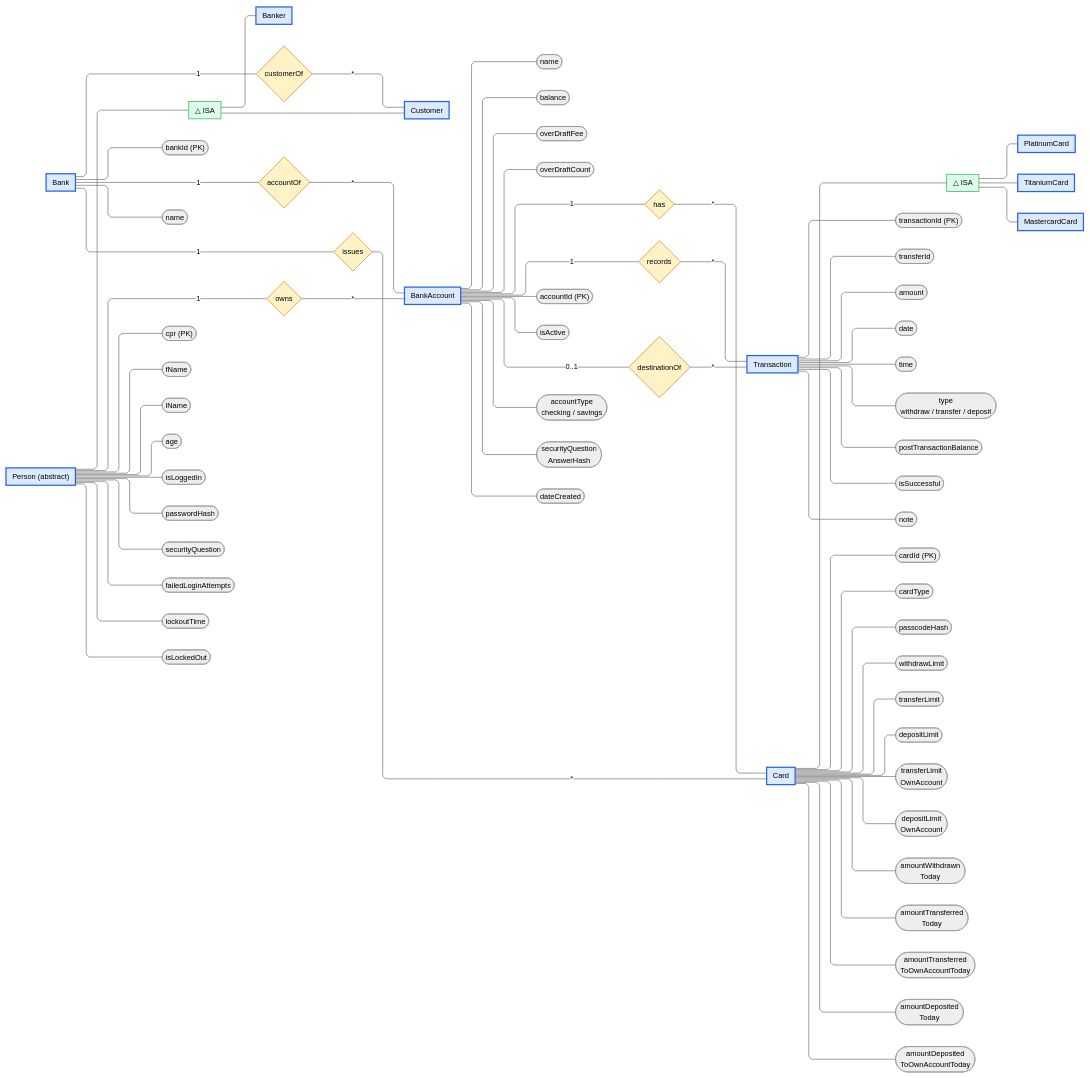
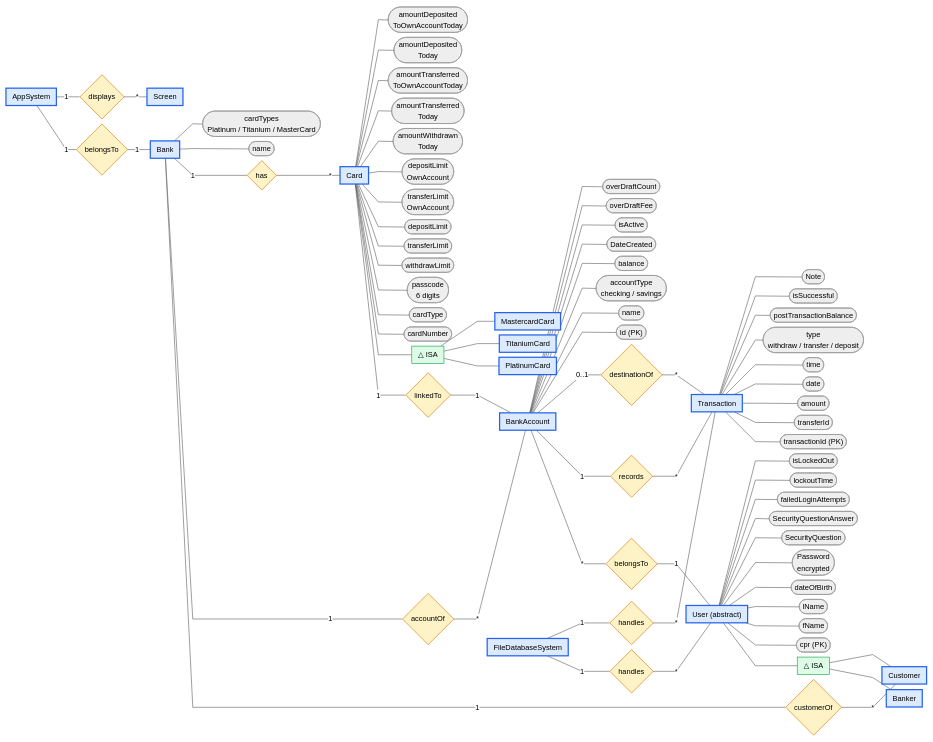
The diagram in ReadMe.md (Saud-GA-JDB/Banking-App), drawn with Mermaid before and after one commit. The commit also changed other lines of this file and 17 other files, not shown here.

````diff
--- a/ReadMe.md
+++ b/ReadMe.md
@@ -83,7 +90,6 @@
 ```mermaid
 ---
 config:
-  layout: elk
   theme: neutral
   themeVariables:
     fontSize: "12px"
@@ -97,7 +103,7 @@
 flowchart LR
     %% Entities
     Bank[Bank]
-    Person["Person (abstract)"]
+    User["User (abstract)"]
     Banker[Banker]
     Customer[Customer]
     Account[BankAccount]
@@ -106,6 +112,9 @@
     Platinum[PlatinumCard]
     Titanium[TitaniumCard]
     Mastercard[MastercardCard]
+    AppSystem[AppSystem]
+    Screen[Screen]
+    FileDatabaseSystem[FileDatabaseSystem]
 
     %% Relationships
     Bank ---|"1"| CustomerOf{customerOf}
@@ -114,14 +123,26 @@
     Bank ---|"1"| AccountOf{accountOf}
     AccountOf ---|"*"| Account
 
-    Bank ---|"1"| Issues{issues}
-    Issues ---|"*"| Card
+    Bank ---|"1"| HasCard{has}
+    HasCard ---|"*"| Card
 
-    Person ---|"1"| Owns{owns}
-    Owns ---|"*"| Account
+    Account ---|"*"| AccountOwner{belongsTo}
+    AccountOwner ---|"1"| User
 
-    Account ---|"1"| HasCard{has}
-    HasCard ---|"*"| Card
+    Card ---|"1"| LinkedTo{linkedTo}
+    LinkedTo ---|"1"| Account
+
+    AppSystem ---|"1"| AppBank{belongsTo}
+    AppBank ---|"1"| Bank
+
+    AppSystem ---|"1"| Displays{displays}
+    Displays ---|"*"| Screen
+
+    FileDatabaseSystem ---|"1"| Handles{handles}
+    Handles ---|"*"| User
+
+    FileDatabaseSystem ---|"1"| HandlesTransactions{handles}
+    HandlesTransactions ---|"*"| Transaction
 
     Account ---|"1"| Records{records}
     Records ---|"*"| Transaction
@@ -130,10 +151,10 @@
     Destination ---|"*"| Transaction
 
     %% Inheritance
-    PersonISA["△ ISA"]
-    Person --- PersonISA
-    PersonISA --- Banker
-    PersonISA --- Customer
+    UserISA["△ ISA"]
+    User --- UserISA
+    UserISA --- Banker
+    UserISA --- Customer
 
     CardISA["△ ISA"]
     Card --- CardISA
@@ -142,28 +163,27 @@
     CardISA --- Mastercard
 
     %% Bank attributes
-    Bank --- B_ID(["bankId (PK)"])
     Bank --- B_Name(["name"])
+    Bank --- B_Types(["cardTypes<br/>Platinum / Titanium / MasterCard"])
 
-    %% Person attributes
-    Person --- P_CPR(["cpr (PK)"])
-    Person --- P_First(["fName"])
-    Person --- P_Last(["lName"])
-    Person --- P_Age(["age"])
-    Person --- P_Login(["isLoggedIn"])
-    Person --- P_Password(["passwordHash"])
-    Person --- P_Question(["securityQuestion"])
-    Person --- P_Attempts(["failedLoginAttempts"])
-    Person --- P_LockTime(["lockoutTime"])
-    Person --- P_Locked(["isLockedOut"])
+    %% User attributes
+    User --- U_CPR(["cpr (PK)"])
+    User --- U_First(["fName"])
+    User --- U_Last(["lName"])
+    User --- U_Birth(["dateOfBirth"])
+    User --- U_Password(["Password<br/>encrypted"])
+    User --- U_Question(["SecurityQuestion"])
+    User --- U_Answer(["SecurityQuestionAnswer"])
+    User --- U_Attempts(["failedLoginAttempts"])
+    User --- U_LockTime(["lockoutTime"])
+    User --- U_Locked(["isLockedOut"])
 
     %% BankAccount attributes
-    Account --- A_ID(["accountId (PK)"])
+    Account --- A_ID(["Id (PK)"])
     Account --- A_Name(["name"])
     Account --- A_Type(["accountType<br/>checking / savings"])
     Account --- A_Balance(["balance"])
-    Account --- A_Answer(["securityQuestion<br/>AnswerHash"])
-    Account --- A_Created(["dateCreated"])
+    Account --- A_Created(["DateCreated"])
     Account --- A_Active(["isActive"])
     Account --- A_Fee(["overDraftFee"])
     Account --- A_Count(["overDraftCount"])
@@ -179,12 +199,12 @@
     Transaction --- T_Type(["type<br/>withdraw / transfer / deposit"])
     Transaction --- T_Balance(["postTransactionBalance"])
     Transaction --- T_Success(["isSuccessful"])
-    Transaction --- T_Note(["note"])
+    Transaction --- T_Note(["Note"])
 
     %% Card attributes
-    Card --- C_ID(["cardId (PK)"])
+    Card --- C_Number(["cardNumber"])
     Card --- C_Type(["cardType"])
-    Card --- C_Passcode(["passcodeHash"])
+    Card --- C_Passcode(["passcode<br/>6 digits"])
     Card --- C_WLimit(["withdrawLimit"])
     Card --- C_TLimit(["transferLimit"])
     Card --- C_DLimit(["depositLimit"])
@@ -200,7 +220,7 @@
     classDef entity fill:#dbeafe,stroke:#2563eb,stroke-width:2px
     classDef relation fill:#fef3c7,stroke:#d97706
     classDef inheritance fill:#dcfce7,stroke:#16a34a
-    class Bank,Person,Banker,Customer,Account,Transaction,Card,Platinum,Titanium,Mastercard entity
-    class CustomerOf,AccountOf,Issues,Owns,HasCard,Records,Destination relation
-    class PersonISA,CardISA inheritance
+    class Bank,User,Banker,Customer,Account,Transaction,Card,Platinum,Titanium,Mastercard,AppSystem,Screen,FileDatabaseSystem entity
+    class CustomerOf,AccountOf,HasCard,LinkedTo,AccountOwner,AppBank,Displays,Handles,HandlesTransactions,Records,Destination relation
+    class UserISA,CardISA inheritance
 ```
````
